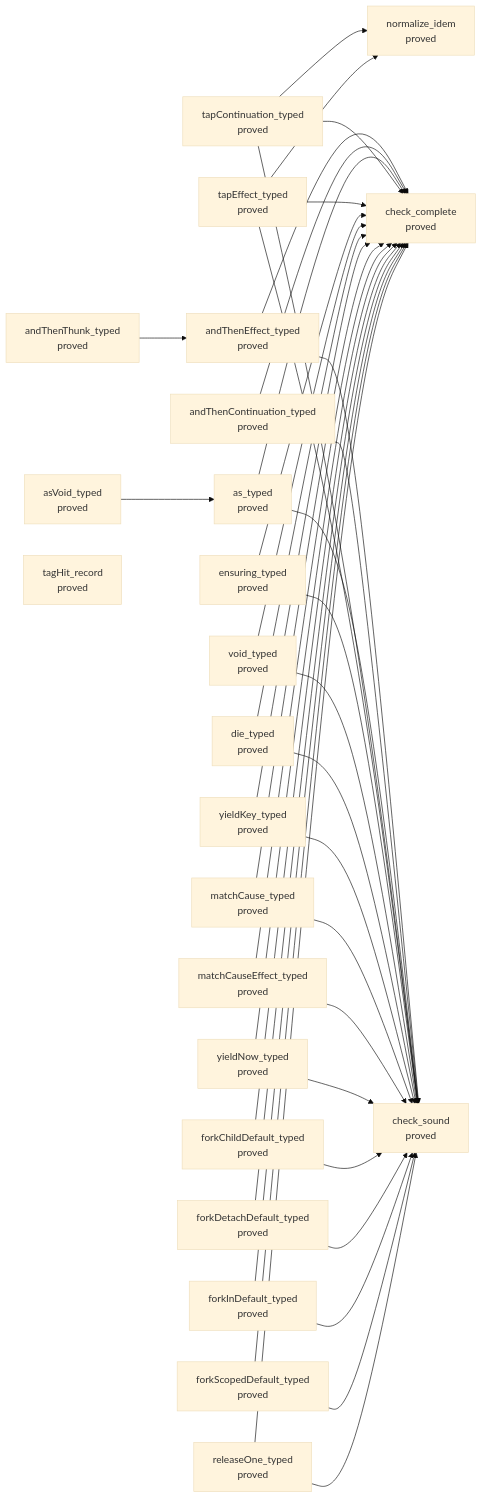
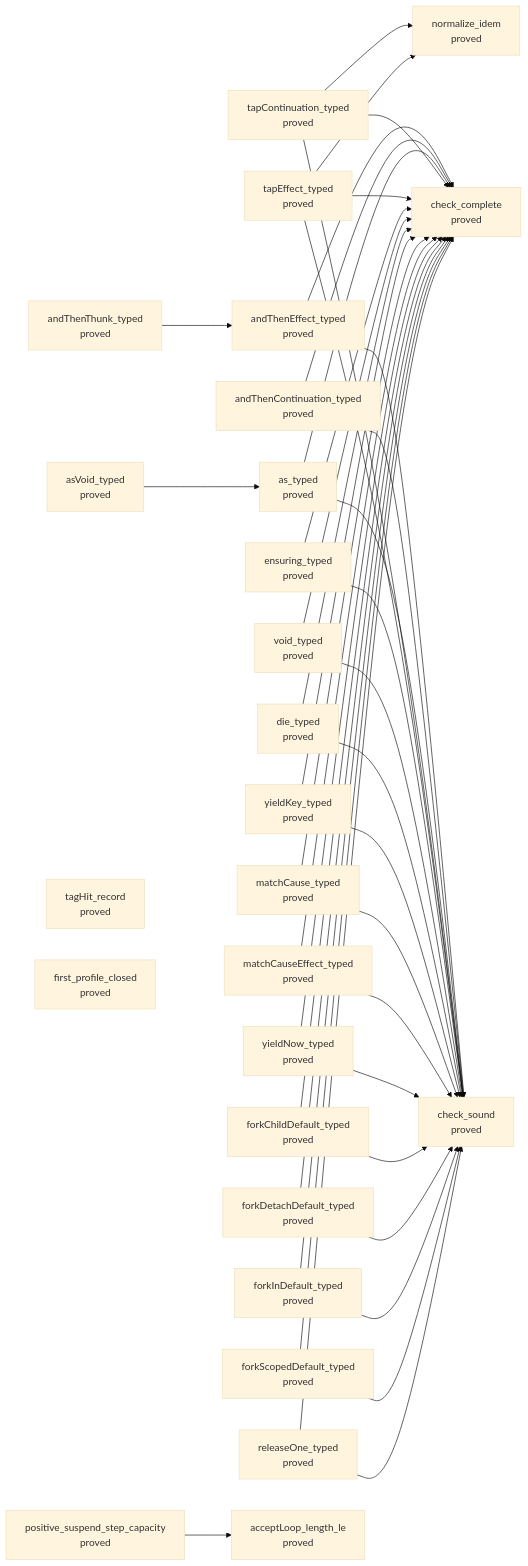
The tenth of 13 diagrams in generated/semantics.md (pure-algebra/lean4-effect4), drawn with Mermaid (base theme) before and after one commit. The commit also changed other lines of this file and 32 other files, not shown here.

````diff
--- a/generated/semantics.md
+++ b/generated/semantics.md
@@ -2735,64 +2762,68 @@
 ```mermaid
 flowchart LR
   n0["andThenEffect_typed<br/>proved"]
   n1["andThenContinuation_typed<br/>proved"]
   n2["andThenThunk_typed<br/>proved"]
   n3["as_typed<br/>proved"]
   n4["asVoid_typed<br/>proved"]
   n5["tapContinuation_typed<br/>proved"]
   n6["tapEffect_typed<br/>proved"]
   n7["ensuring_typed<br/>proved"]
   n8["void_typed<br/>proved"]
   n9["die_typed<br/>proved"]
   n10["yieldKey_typed<br/>proved"]
   n11["matchCause_typed<br/>proved"]
   n12["matchCauseEffect_typed<br/>proved"]
   n13["yieldNow_typed<br/>proved"]
   n14["forkChildDefault_typed<br/>proved"]
   n15["forkDetachDefault_typed<br/>proved"]
   n16["forkInDefault_typed<br/>proved"]
   n17["forkScopedDefault_typed<br/>proved"]
   n18["releaseOne_typed<br/>proved"]
   n19["tagHit_record<br/>proved"]
-  n20["check_sound<br/>proved"]
-  n21["check_complete<br/>proved"]
-  n22["normalize_idem<br/>proved"]
-  n0 --> n20
-  n0 --> n21
-  n1 --> n20
-  n1 --> n21
+  n20["acceptLoop_length_le<br/>proved"]
+  n21["first_profile_closed<br/>proved"]
+  n22["positive_suspend_step_capacity<br/>proved"]
+  n23["check_sound<br/>proved"]
+  n24["check_complete<br/>proved"]
+  n25["normalize_idem<br/>proved"]
+  n0 --> n23
+  n0 --> n24
+  n1 --> n23
+  n1 --> n24
   n2 --> n0
-  n3 --> n20
-  n3 --> n21
+  n3 --> n23
+  n3 --> n24
   n4 --> n3
-  n5 --> n22
-  n5 --> n20
-  n5 --> n21
-  n6 --> n22
-  n6 --> n20
-  n6 --> n21
-  n7 --> n20
-  n7 --> n21
-  n8 --> n21
-  n8 --> n20
-  n9 --> n21
-  n9 --> n20
-  n10 --> n21
-  n10 --> n20
-  n11 --> n20
-  n11 --> n21
-  n12 --> n20
-  n12 --> n21
-  n13 --> n21
-  n13 --> n20
-  n14 --> n20
-  n14 --> n21
-  n15 --> n20
-  n15 --> n21
-  n16 --> n20
-  n16 --> n21
-  n17 --> n20
-  n17 --> n21
-  n18 --> n20
-  n18 --> n21
+  n5 --> n25
+  n5 --> n23
+  n5 --> n24
+  n6 --> n25
+  n6 --> n23
+  n6 --> n24
+  n7 --> n23
+  n7 --> n24
+  n8 --> n24
+  n8 --> n23
+  n9 --> n24
+  n9 --> n23
+  n10 --> n24
+  n10 --> n23
+  n11 --> n23
+  n11 --> n24
+  n12 --> n23
+  n12 --> n24
+  n13 --> n24
+  n13 --> n23
+  n14 --> n23
+  n14 --> n24
+  n15 --> n23
+  n15 --> n24
+  n16 --> n23
+  n16 --> n24
+  n17 --> n23
+  n17 --> n24
+  n18 --> n23
+  n18 --> n24
+  n22 --> n20
 ```
````
